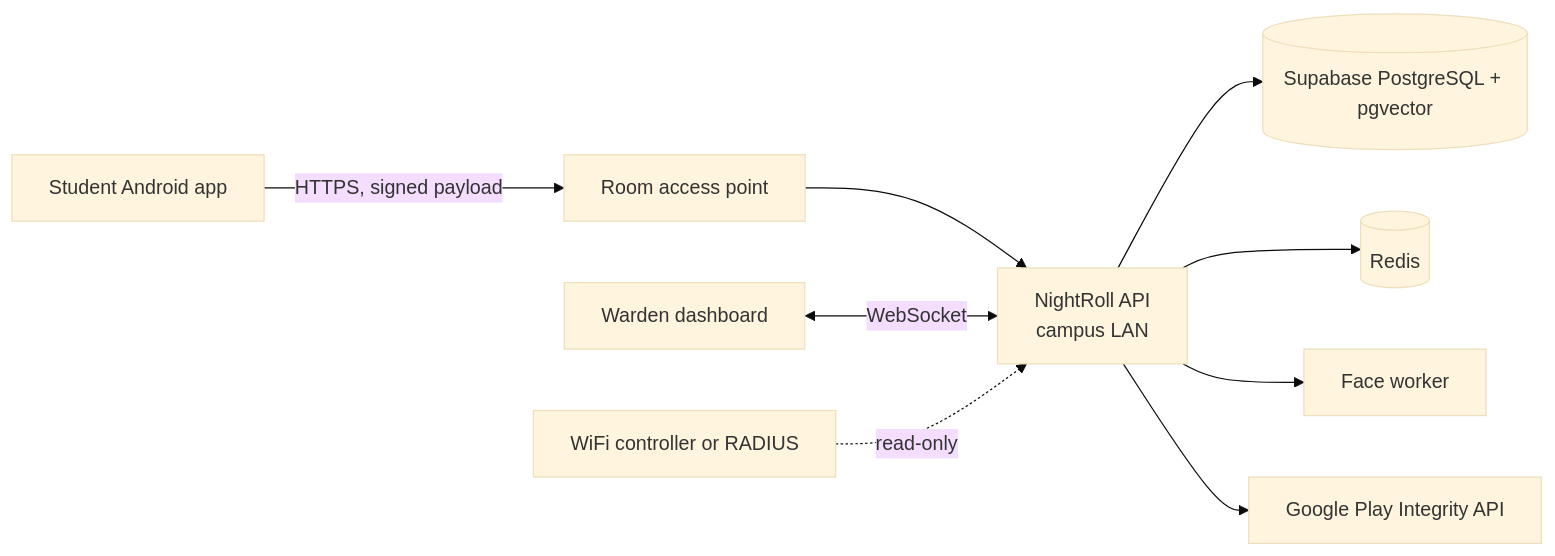
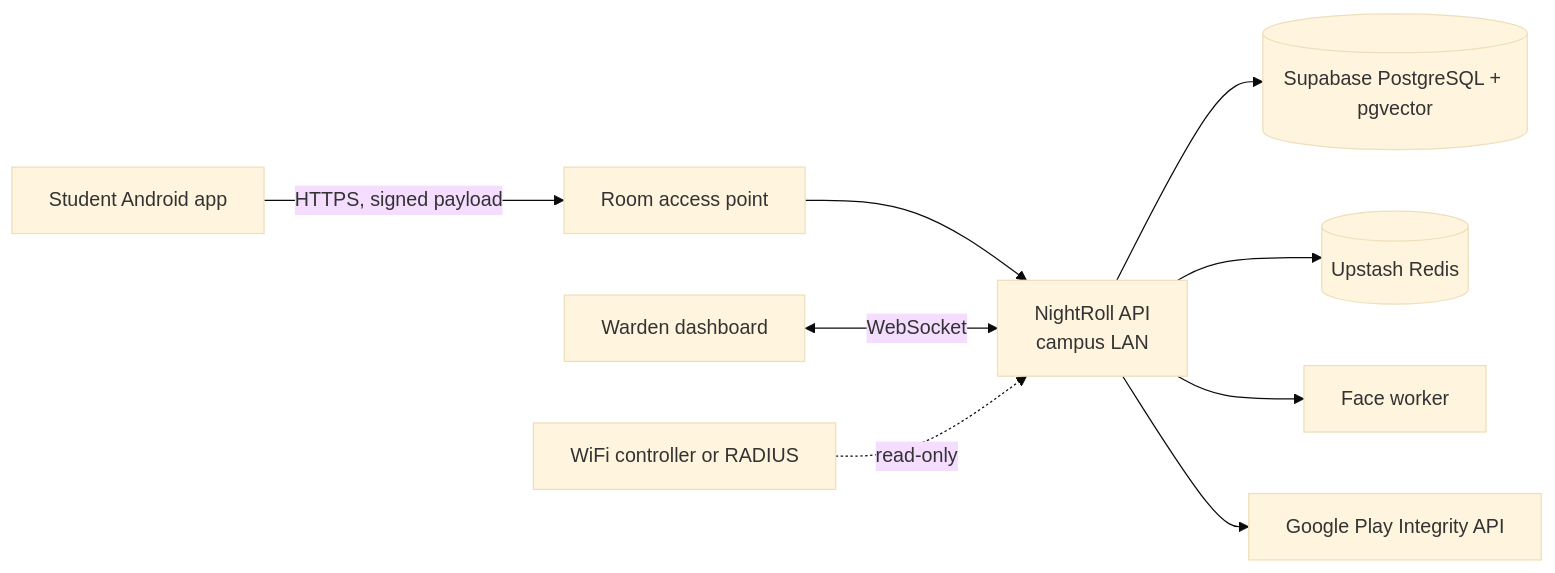
The first of 3 diagrams in docs/TRD.md (Rahul-8283/NightRoll), drawn with Mermaid (base theme) before and after one commit. The commit also changed other lines of this file and 11 other files, not shown here.

Commit message:
chore: switch Redis to hosted Upstash across env, docs and phases

````diff
--- a/docs/TRD.md
+++ b/docs/TRD.md
@@ -41,11 +41,11 @@
 ```mermaid
 flowchart LR
     S["Student Android app"] -- "HTTPS, signed payload" --> AP["Room access point"]
     AP --> GW["NightRoll API<br/>campus LAN"]
     GW --> DB[("Supabase PostgreSQL + pgvector")]
-    GW --> RD[("Redis")]
+    GW --> RD[("Upstash Redis")]
     GW --> FW["Face worker"]
     GW --> PI["Google Play Integrity API"]
     W["Warden dashboard"] <-- "WebSocket" --> GW
     NET["WiFi controller or RADIUS"] -. "read-only" .-> GW
 ```
````
